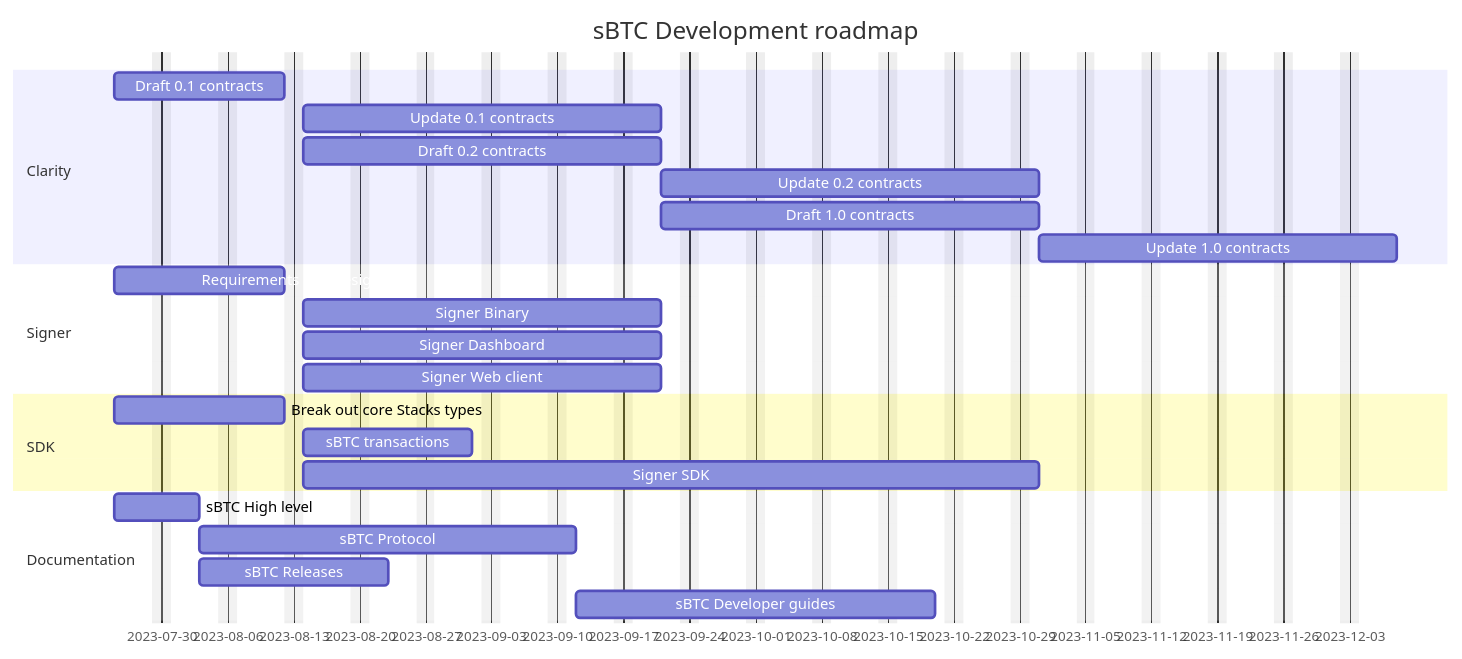
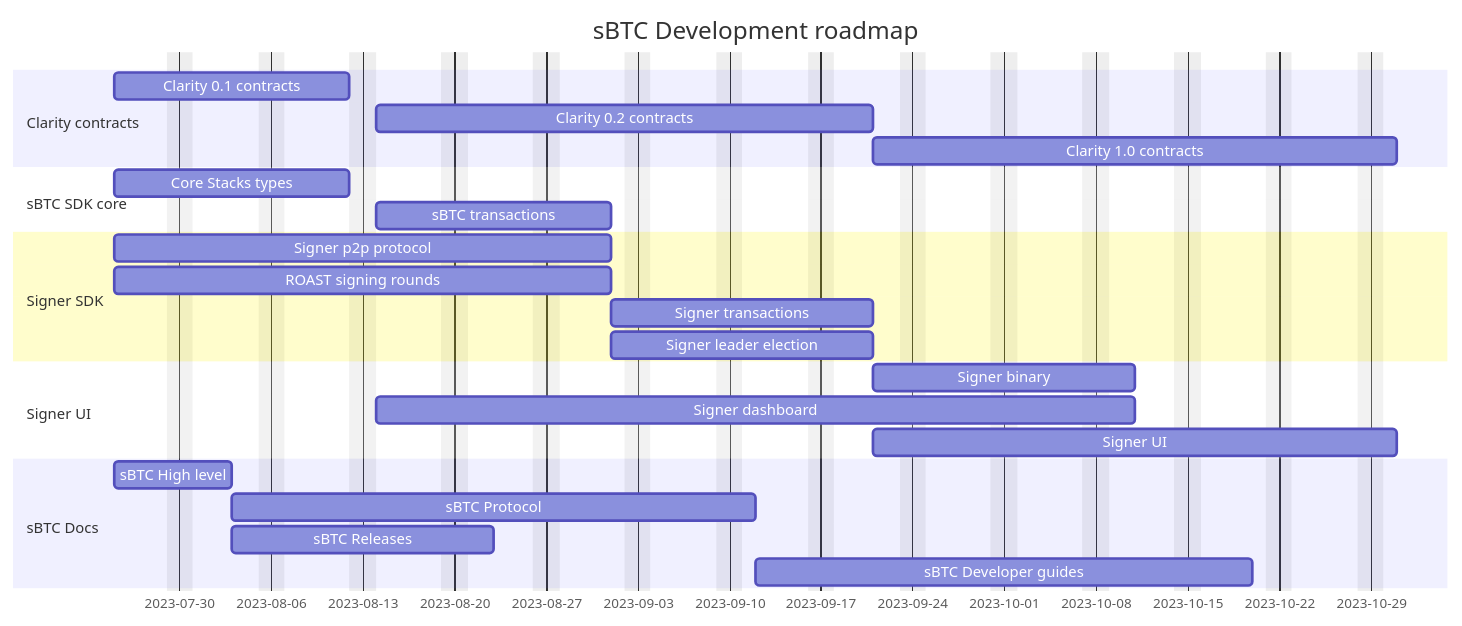
Before and after one commit to stacks-network/sbtc-docs: the diagram in src/sbtc-roadmap.md, drawn with Mermaid. The commit also changed other lines of this file, not shown here.

Commit message:
feat: Decent gantt chart roadmap organization

````diff
--- a/src/sbtc-roadmap.md
+++ b/src/sbtc-roadmap.md
@@ -5,33 +5,34 @@
 ```mermaid
 gantt
     dateFormat  YYYY-MM-DD
     title       sBTC Development roadmap
     excludes    weekends
     %% (`excludes` accepts specific dates in YYYY-MM-DD format, days of the week ("sunday") or "weekends", but not the word "weekdays".)
 
-    section Clarity
-    Draft 0.1 contracts        :  clar1, 2023-07-25, 2w
-    Update 0.1 contracts       :  clar2, after clar1, 4w
-    Draft 0.2 contracts        :  clar3, after clar1, 4w
-    Update 0.2 contracts       :  clar4, after clar3, 4w
-    Draft 1.0 contracts        :  clar5, after clar3, 4w
-    Update 1.0 contracts       :  clar6, after clar5, 4w
+    section Clarity contracts
+    Clarity 0.1 contracts        : clar1, 2023-07-25, 2w
+    Clarity 0.2 contracts        : clar2, after clar1, 4w
+    Clarity 1.0 contracts        : clar3, after clar2, 4w
 
-    section Signer
-    Requirements and design      :  sign1, 2023-07-25, 2w
-    Signer Binary                :  sign2, after sign1, 4w
-    Signer Dashboard             :  sign3, after sign1, 4w
-    Signer Web client            :  sign4, after sign1, 4w
+    section sBTC SDK core
+    Core Stacks types              : sdk1, 2023-07-25, 2w
+    sBTC transactions              : sdk2, after sdk1, 2w
 
-    section SDK
-    Break out core Stacks types    :  sdk1, 2023-07-25, 2w
-    sBTC transactions              :  sdk2, after sdk1, 2w
-    Signer SDK                     :  sdk3, after sdk1, 8w
+    section Signer SDK
+    Signer p2p protocol     : sign1, 2023-07-25, 4w
+    ROAST signing rounds    : sign2, 2023-07-25, 4w
+    Signer transactions     : sign3, after sdk2, 2w
+    Signer leader election  : sign4, after sign1, 2w
 
-    section Documentation
-    sBTC High level            :  doc1, 2023-07-25, 1w
-    sBTC Protocol              :  doc2, after doc1, 4w
-    sBTC Releases              :  doc3, after doc1, 2w
-    sBTC Developer guides      :  doc3, after doc2, 4w
+    section Signer UI
+    Signer binary            : sign5, after sign3, 2w
+    Signer dashboard         : sign6, after clar1, 6w
+    Signer UI                : sign7, after sign3, 4w
+
+    section sBTC Docs
+    sBTC High level            : doc1, 2023-07-25, 1w
+    sBTC Protocol              : doc2, after doc1, 4w
+    sBTC Releases              : doc3, after doc1, 2w
+    sBTC Developer guides      : doc3, after doc2, 4w
   
 ```
````
